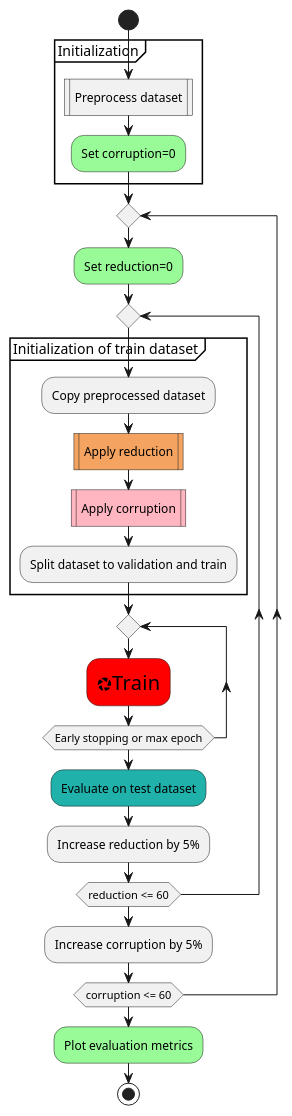
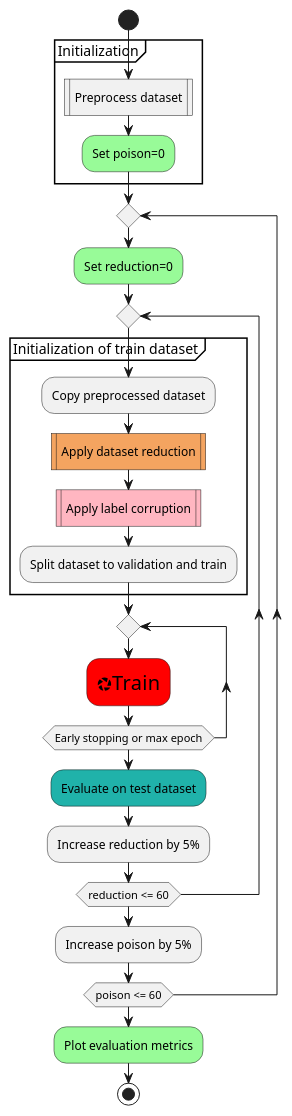
The diagram in main flow.puml (Gray-Mithrandir/EthicsAndMachineLearning), drawn with PlantUML before and after one commit. The commit also changed 3 other files, not shown here.

```diff
--- a/main flow.puml
+++ b/main flow.puml
@@ -1,27 +1,27 @@
 @startuml
 !pragma useVerticalIf on
 start
 group Initialization
 :Preprocess dataset|
-#palegreen:Set corruption=0;
+#palegreen:Set poison=0;
 end group
 repeat
     #palegreen:Set reduction=0;
     repeat
         group Initialization of train dataset
             :Copy preprocessed dataset\\
-            #sandybrown:Apply reduction|
-            #lightpink:Apply corruption|
+            #sandybrown:Apply dataset reduction|
+            #lightpink:Apply label corruption|
             :Split dataset to validation and train;
         end group
         repeat
             #red:<size:20><&aperture>Train;
          repeat while (Early stopping or max epoch)
         #lightseagreen:Evaluate on test dataset;
         :Increase reduction by 5%;
     repeat while (reduction <= 60)
-    :Increase corruption by 5%;
-repeat while (corruption <= 60);
+    :Increase poison by 5%;
+repeat while (poison <= 60);
 #palegreen:Plot evaluation metrics;
 stop
 @enduml
```
